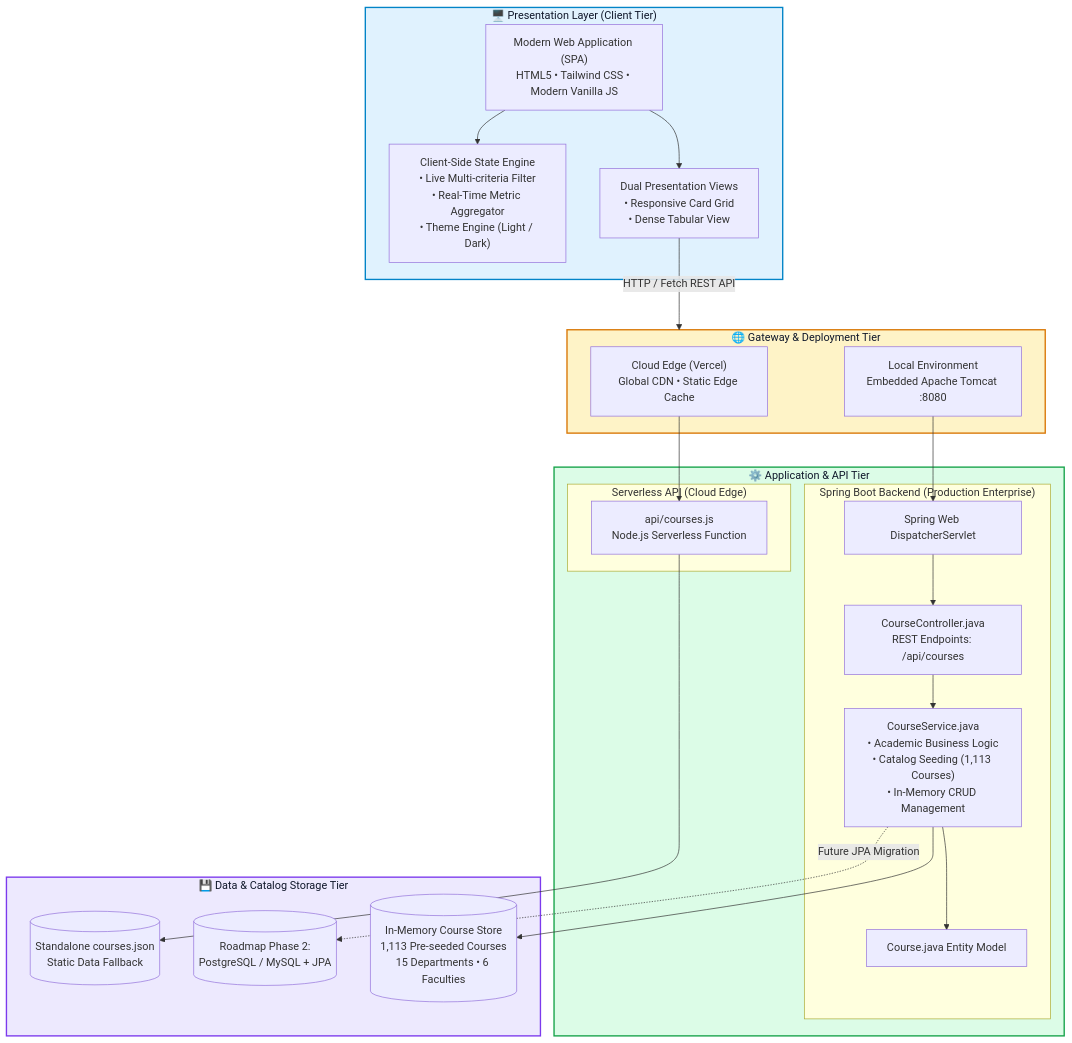
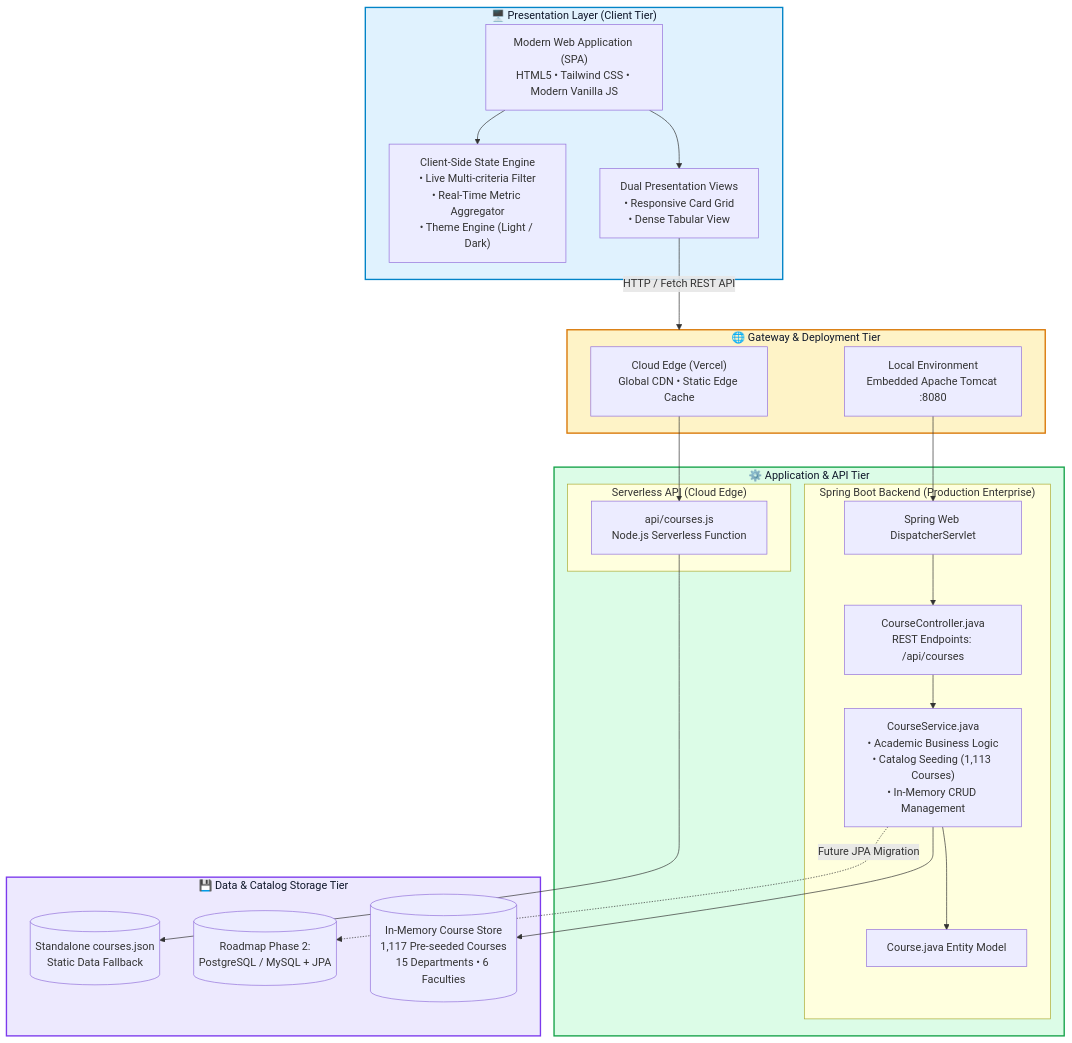
Before and after one commit to Ridwanulkarim/iiucRESTAPI: the first of 2 diagrams in README.md, drawn with Mermaid. The commit also changed other lines of this file and 4 other files, not shown here.

````diff
--- a/README.md
+++ b/README.md
@@ -45,52 +45,52 @@
 ```mermaid
 flowchart TB
     subgraph ClientLayer["🖥️ Presentation Layer (Client Tier)"]
         UI["Modern Web Application (SPA)<br/>HTML5 • Tailwind CSS • Modern Vanilla JS"]
         Views["Dual Presentation Views<br/>• Responsive Card Grid<br/>• Dense Tabular View"]
         ClientEngine["Client-Side State Engine<br/>• Live Multi-criteria Filter<br/>• Real-Time Metric Aggregator<br/>• Theme Engine (Light / Dark)"]
     end
 
     subgraph GatewayLayer["🌐 Gateway & Deployment Tier"]
         CloudDeploy["Cloud Edge (Vercel)<br/>Global CDN • Static Edge Cache"]
         LocalServer["Local Environment<br/>Embedded Apache Tomcat :8080"]
     end
 
     subgraph BackendLayer["⚙️ Application & API Tier"]
         subgraph SpringBoot["Spring Boot Backend (Production Enterprise)"]
             Dispatcher["Spring Web DispatcherServlet"]
             Controller["CourseController.java<br/>REST Endpoints: /api/courses"]
             Service["CourseService.java<br/>• Academic Business Logic<br/>• Catalog Seeding (1,113 Courses)<br/>• In-Memory CRUD Management"]
             Model["Course.java Entity Model"]
         end
 
         subgraph ServerlessNode["Serverless API (Cloud Edge)"]
             VercelFunc["api/courses.js<br/>Node.js Serverless Function"]
         end
     end
 
     subgraph DataLayer["💾 Data & Catalog Storage Tier"]
-        InMemoryData[("In-Memory Course Store<br/>1,113 Pre-seeded Courses<br/>15 Departments • 6 Faculties")]
+        InMemoryData[("In-Memory Course Store<br/>1,117 Pre-seeded Courses<br/>15 Departments • 6 Faculties")]
         JSONCatalog[("Standalone courses.json<br/>Static Data Fallback")]
         FutureDB[("Roadmap Phase 2:<br/>PostgreSQL / MySQL + JPA")]
     end
 
     UI --> Views
     UI --> ClientEngine
     Views -->|HTTP / Fetch REST API| GatewayLayer
     
     LocalServer --> Dispatcher
     Dispatcher --> Controller
     Controller --> Service
     Service --> Model
     Service --> InMemoryData
 
     CloudDeploy --> VercelFunc
     VercelFunc --> JSONCatalog
     
     Service -.->|Future JPA Migration| FutureDB
 
     style ClientLayer fill:#e0f2fe,stroke:#0284c7,stroke-width:2px,color:#0f172a
     style GatewayLayer fill:#fef3c7,stroke:#d97706,stroke-width:2px,color:#0f172a
     style BackendLayer fill:#dcfce7,stroke:#16a34a,stroke-width:2px,color:#0f172a
     style DataLayer fill:#ede9fe,stroke:#7c3aed,stroke-width:2px,color:#0f172a
 ```
````
